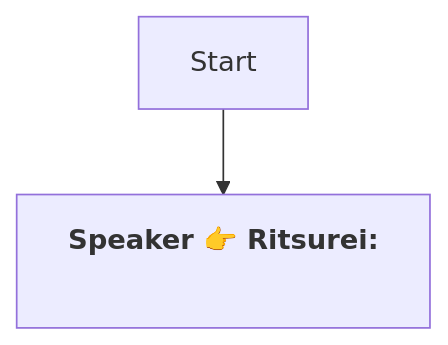
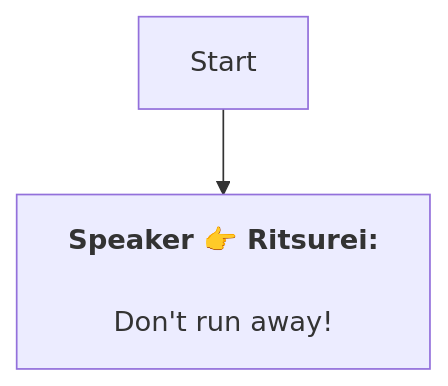
The diagram in En/BaseCombatTutorial.md (SoftHu/tos_avg), drawn with Mermaid before and after one commit. The commit also changed 780 other files, not shown here.

````diff
--- a/En/BaseCombatTutorial.md
+++ b/En/BaseCombatTutorial.md
@@ -1,6 +1,6 @@
 ```mermaid
 graph
 Start -->1772535199059113[<b>Speaker 👉 Ritsurei:</b>
-\n]
+\nDon't run away!]
 
 ```
````
